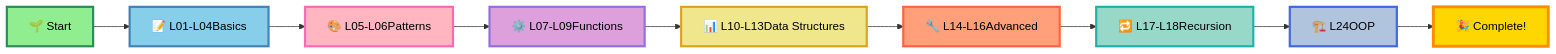
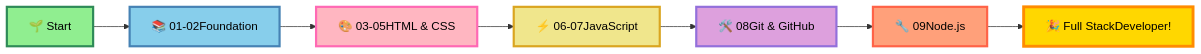
The diagram in README.md (ranichandnirani/Complete-Web-Development-step-by-step), drawn with Mermaid before and after one commit. The commit also changed other lines of this file, not shown here.

Commit message:
update readme file

````diff
--- a/README.md
+++ b/README.md
@@ -186,21 +185,17 @@
 ```mermaid
 graph LR
-    A[🌱 Start] --> B[📝 L01-L04Basics]
-    B --> C[🎨 L05-L06Patterns]
-    C --> D[⚙️ L07-L09Functions]
-    D --> E[📊 L10-L13Data Structures]
-    E --> F[🔧 L14-L16Advanced]
-    F --> G[🔁 L17-L18Recursion]
-    G --> H[🏗️ L24OOP]
-    H --> I[🎉 Complete!]
+    A[🌱 Start] --> B[📚 01-02Foundation]
+    B --> C[🎨 03-05HTML & CSS]
+    C --> D[⚡ 06-07JavaScript]
+    D --> E[🛠️ 08Git & GitHub]
+    E --> F[🔧 09Node.js]
+    F --> G[🎉 Full StackDeveloper!]
     
     style A fill:#90EE90,stroke:#2E8B57,stroke-width:3px,color:#000
     style B fill:#87CEEB,stroke:#4682B4,stroke-width:3px,color:#000
     style C fill:#FFB6C1,stroke:#FF69B4,stroke-width:3px,color:#000
-    style D fill:#DDA0DD,stroke:#9370DB,stroke-width:3px,color:#000
-    style E fill:#F0E68C,stroke:#DAA520,stroke-width:3px,color:#000
+    style D fill:#F0E68C,stroke:#DAA520,stroke-width:3px,color:#000
+    style E fill:#DDA0DD,stroke:#9370DB,stroke-width:3px,color:#000
     style F fill:#FFA07A,stroke:#FF6347,stroke-width:3px,color:#000
-    style G fill:#98D8C8,stroke:#20B2AA,stroke-width:3px,color:#000
-    style H fill:#B0C4DE,stroke:#4169E1,stroke-width:3px,color:#000
-    style I fill:#FFD700,stroke:#FF8C00,stroke-width:4px,color:#000
+    style G fill:#FFD700,stroke:#FF8C00,stroke-width:4px,color:#000
 ```
````
